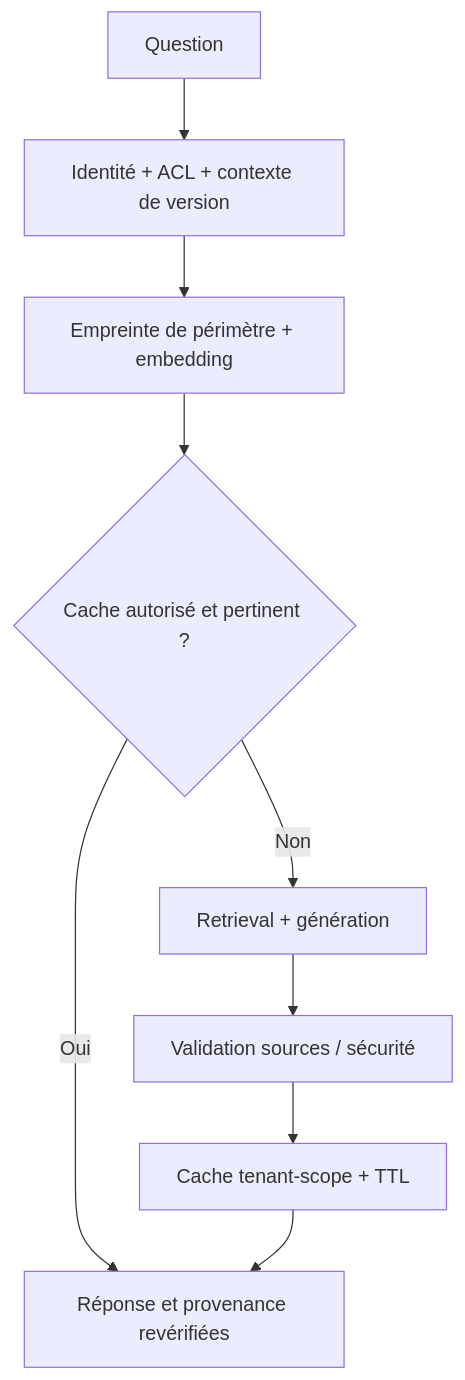
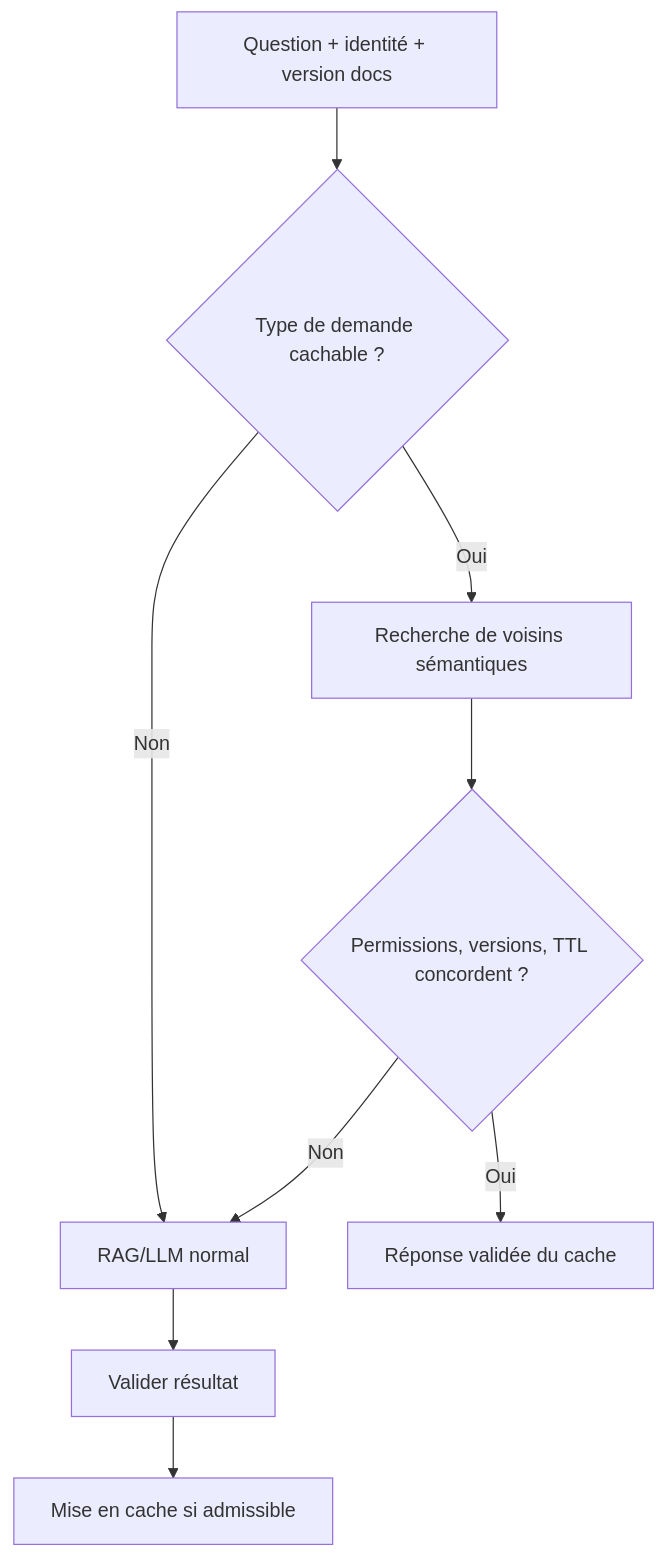
The first of 2 diagrams in 08-ai-architecture-patterns/04-semantic-cache/README.md (zdmooc/enterprise-architecture-patterns-handbook), drawn with Mermaid before and after one commit. The commit also changed other lines of this file and 4 other files, not shown here.

````diff
--- a/08-ai-architecture-patterns/04-semantic-cache/README.md
+++ b/08-ai-architecture-patterns/04-semantic-cache/README.md
@@ -17,11 +13,11 @@
-```mermaid
+~~~mermaid
 flowchart TB
- Q["Question"] --> AUTH["Identité + ACL + contexte de version"]
- AUTH --> SIG["Empreinte de périmètre + embedding"]
- SIG --> HIT{"Cache autorisé et pertinent ?"}
- HIT -->|Oui| RET["Réponse et provenance revérifiées"]
- HIT -->|Non| GEN["Retrieval + génération"]
- GEN --> VAL["Validation sources / sécurité"]
- VAL --> CACHE["Cache tenant-scope + TTL"]
- CACHE --> RET
-```
+ Q["Question + identité + version docs"] --> A{"Type de demande cachable ?"}
+ A -->|Non| R["RAG/LLM normal"]
+ A -->|Oui| C["Recherche de voisins sémantiques"]
+ C --> ACL{"Permissions, versions, TTL concordent ?"}
+ ACL -->|Oui| HIT["Réponse validée du cache"]
+ ACL -->|Non| R
+ R --> VALID["Valider résultat"]
+ VALID --> STORE["Mise en cache si admissible"]
+~~~
````
